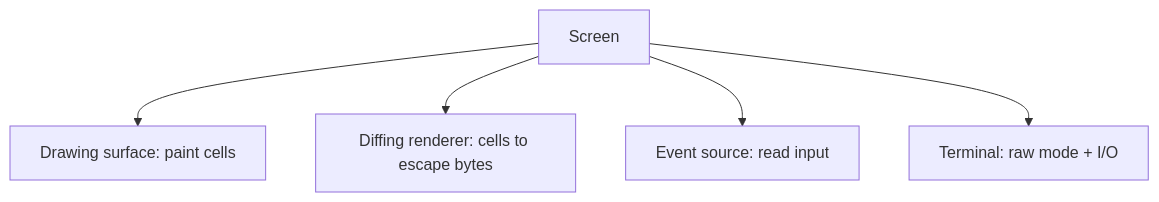
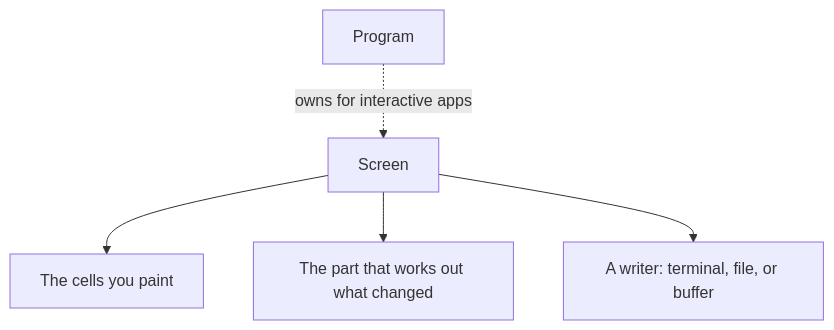
Before and after one commit to aymanbagabas/uncurses: the first of 2 diagrams in website/content/docs/concepts/screen.md, drawn with Mermaid. The commit also changed other lines of this file and 30 other files, not shown here.

````diff
--- a/website/content/docs/concepts/screen.md
+++ b/website/content/docs/concepts/screen.md
@@ -14,7 +18,7 @@
 ```mermaid
 flowchart TB
-  screen["Screen"] --> surface["Drawing surface: paint cells"]
-  screen --> renderer["Diffing renderer: cells to escape bytes"]
-  screen --> source["Event source: read input"]
-  screen --> terminal["Terminal: raw mode + I/O"]
+  screen["Screen"] --> grid["The cells you paint"]
+  screen --> renderer["The part that works out what changed"]
+  screen --> writer["A writer: terminal, file, or buffer"]
+  program["Program"] -. owns for interactive apps .-> screen
 ```
````
